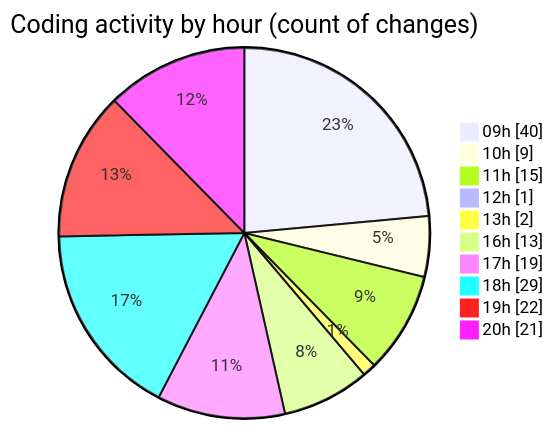
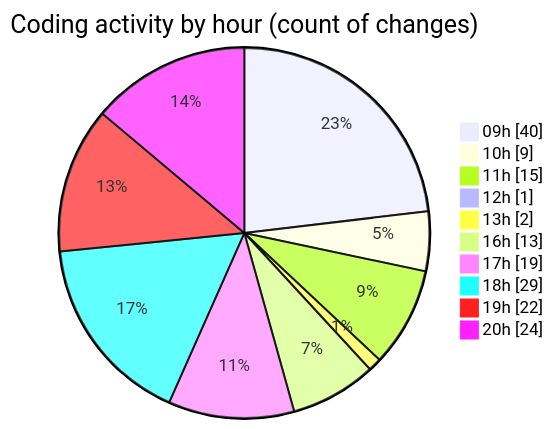
Before and after one commit to momahboobian/code-tracking: the second of 2 diagrams in 2026-06-15/cda/README.md, drawn with Mermaid. The commit also changed other lines of this file and 1 other file, not shown here.

````diff
--- a/2026-06-15/cda/README.md
+++ b/2026-06-15/cda/README.md
@@ -81,14 +81,14 @@
 ```mermaid
 pie showData
 title Coding activity by hour (count of changes)
 "09h" : 40
 "10h" : 9
 "11h" : 15
 "12h" : 1
 "13h" : 2
 "16h" : 13
 "17h" : 19
 "18h" : 29
 "19h" : 22
-"20h" : 21
+"20h" : 24
 ```
````
